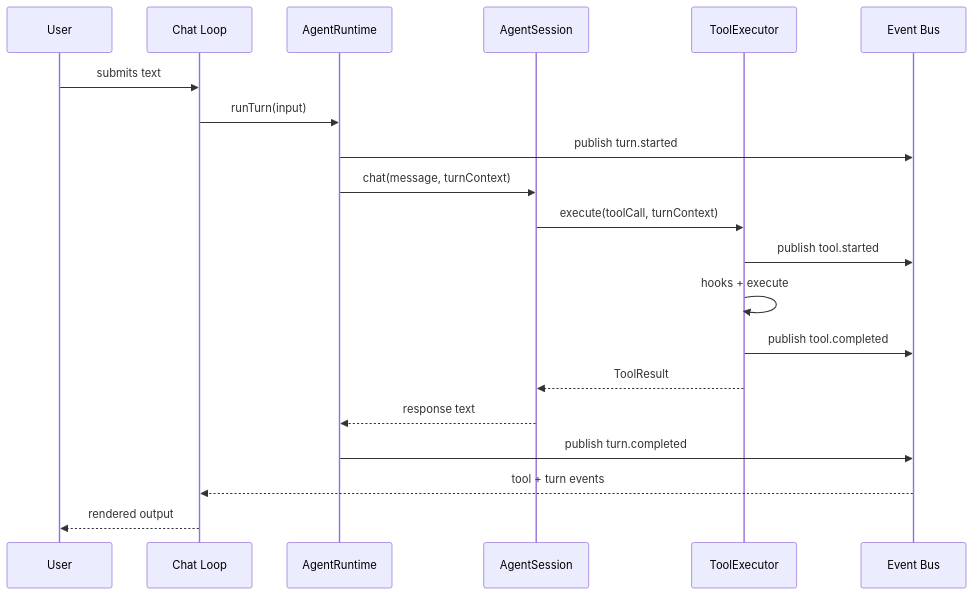
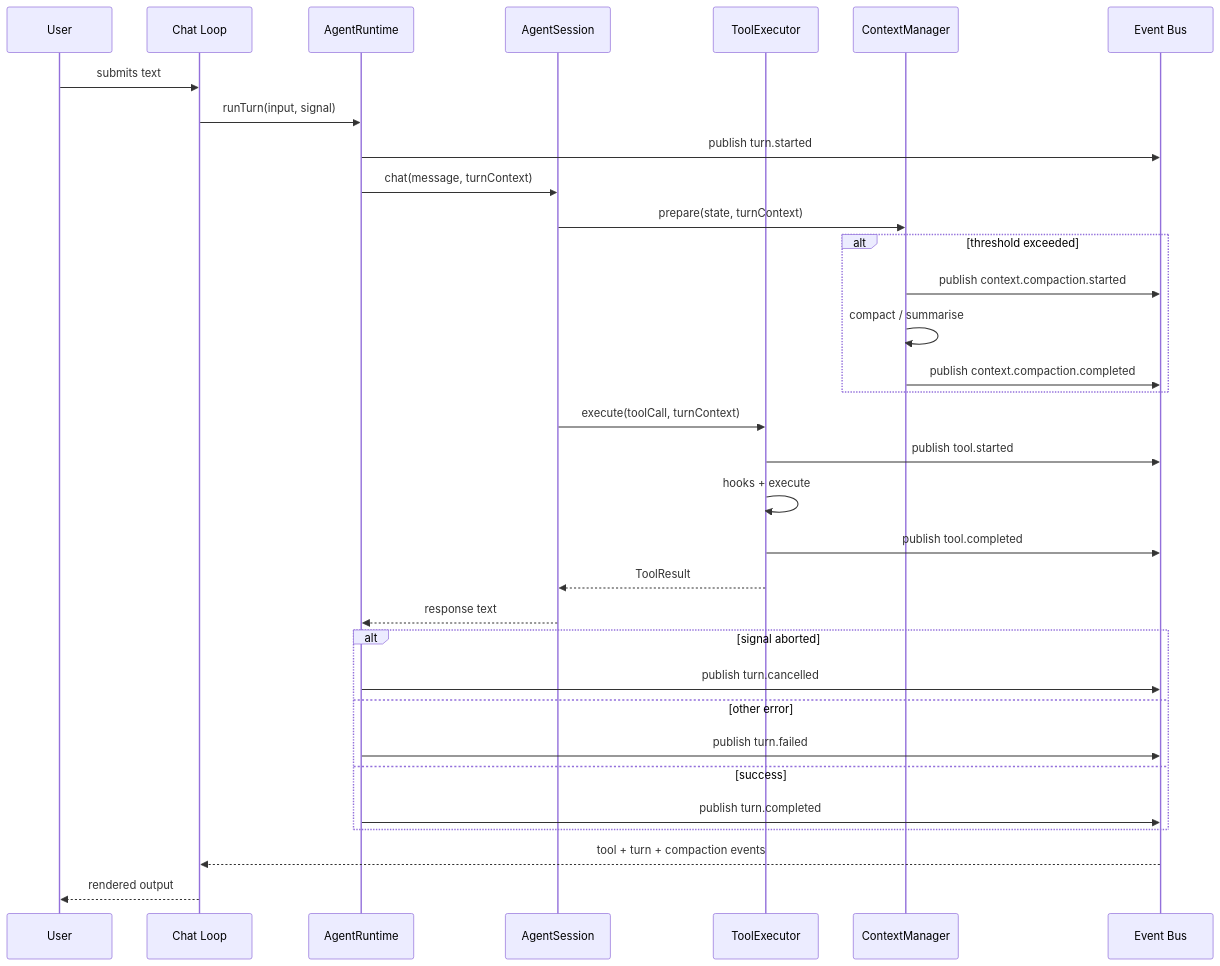
Before and after one commit to iamtokarev/sonny: the diagram in openwiki/architecture/overview.md, drawn with Mermaid. The commit also changed other lines of this file and 7 other files, not shown here.

````diff
--- a/openwiki/architecture/overview.md
+++ b/openwiki/architecture/overview.md
@@ -53,23 +57,36 @@
 ```mermaid
 sequenceDiagram
     participant User
     participant TUI as Chat Loop
     participant RT as AgentRuntime
     participant AS as AgentSession
     participant TE as ToolExecutor
+    participant CM as ContextManager
     participant Bus as Event Bus
 
     User->>TUI: submits text
-    TUI->>RT: runTurn(input)
+    TUI->>RT: runTurn(input, signal)
     RT->>Bus: publish turn.started
     RT->>AS: chat(message, turnContext)
+    AS->>CM: prepare(state, turnContext)
+    alt threshold exceeded
+        CM->>Bus: publish context.compaction.started
+        CM->>CM: compact / summarise
+        CM->>Bus: publish context.compaction.completed
+    end
     AS->>TE: execute(toolCall, turnContext)
     TE->>Bus: publish tool.started
     TE->>TE: hooks + execute
     TE->>Bus: publish tool.completed
     TE-->>AS: ToolResult
     AS-->>RT: response text
-    RT->>Bus: publish turn.completed
-    Bus-->>TUI: tool + turn events
+    alt signal aborted
+        RT->>Bus: publish turn.cancelled
+    else other error
+        RT->>Bus: publish turn.failed
+    else success
+        RT->>Bus: publish turn.completed
+    end
+    Bus-->>TUI: tool + turn + compaction events
     TUI-->>User: rendered output
 ```
````
